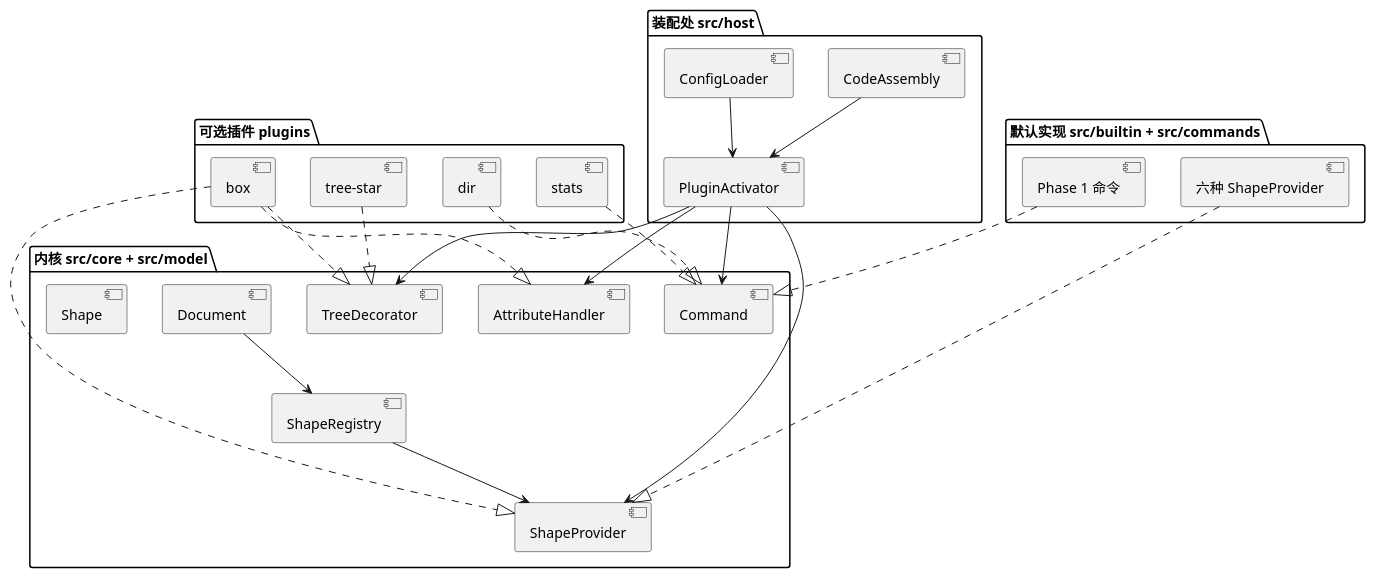
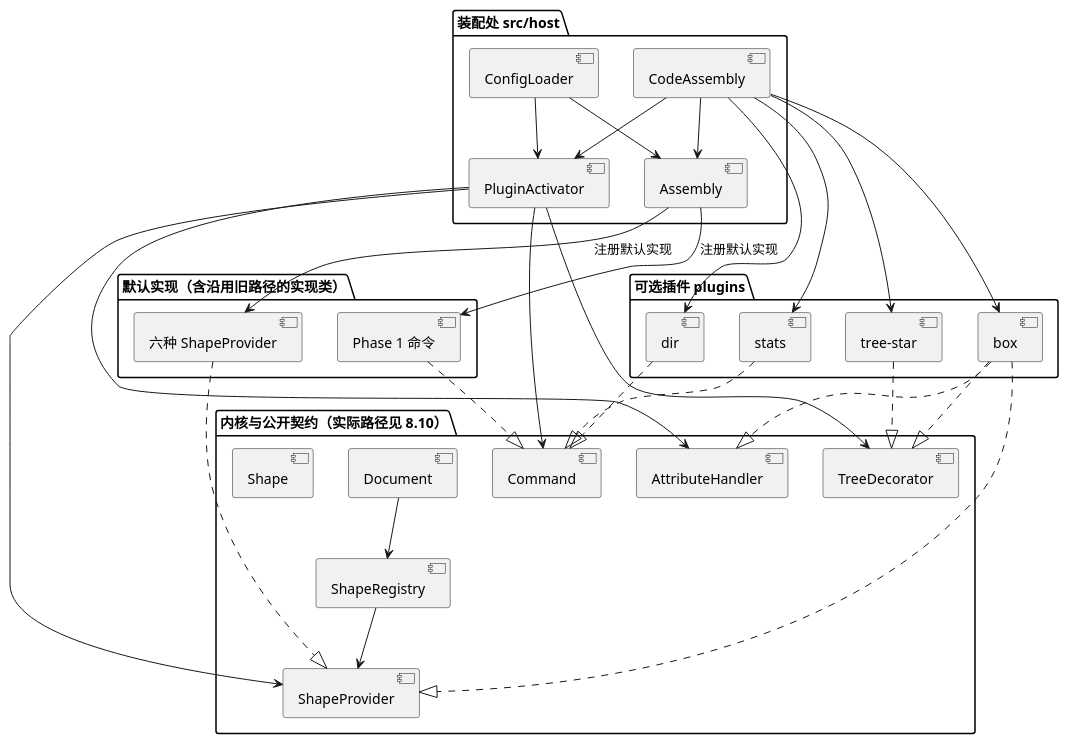
One commit to NinaZ65/sd-svg-lab changed the second of 2 diagrams in doc/README.md. Above: the diagram before and after it, drawn with PlantUML. The commit also changed other lines of this file and 3 other files, not shown here.

````diff
--- a/doc/README.md
+++ b/doc/README.md
@@ -379,44 +138,53 @@
 ```plantuml
 @startuml
 package "装配处 src/host" {
   [CodeAssembly]
   [ConfigLoader]
   [PluginActivator]
+  [Assembly]
 }
-package "内核 src/core + src/model" {
+package "内核与公开契约（实际路径见 8.10）" {
   [ShapeProvider]
   [Command]
   [TreeDecorator]
   [AttributeHandler]
   [ShapeRegistry]
   [Document]
   [Shape]
 }
-package "默认实现 src/builtin + src/commands" {
+package "默认实现（含沿用旧路径的实现类）" {
   [六种 ShapeProvider]
   [Phase 1 命令]
 }
 package "可选插件 plugins" {
   [stats]
   [dir]
   [box]
   [tree-star]
 }
+[CodeAssembly] --> [Assembly]
+[ConfigLoader] --> [Assembly]
+[Assembly] --> [六种 ShapeProvider] : 注册默认实现
+[Assembly] --> [Phase 1 命令] : 注册默认实现
+[CodeAssembly] --> [stats]
+[CodeAssembly] --> [dir]
+[CodeAssembly] --> [box]
+[CodeAssembly] --> [tree-star]
 [CodeAssembly] --> [PluginActivator]
 [ConfigLoader] --> [PluginActivator]
 [PluginActivator] --> [ShapeProvider]
 [PluginActivator] --> [Command]
 [PluginActivator] --> [TreeDecorator]
 [PluginActivator] --> [AttributeHandler]
 [六种 ShapeProvider] ..|> [ShapeProvider]
 [Phase 1 命令] ..|> [Command]
 [stats] ..|> [Command]
 [dir] ..|> [Command]
 [box] ..|> [ShapeProvider]
 [box] ..|> [AttributeHandler]
 [box] ..|> [TreeDecorator]
 [tree-star] ..|> [TreeDecorator]
 [Document] --> [ShapeRegistry]
 [ShapeRegistry] --> [ShapeProvider]
 @enduml
 ```
````
